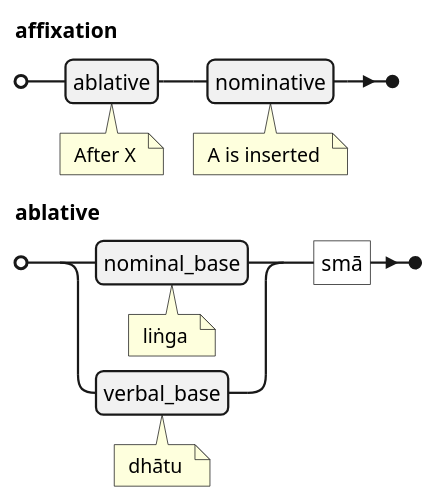
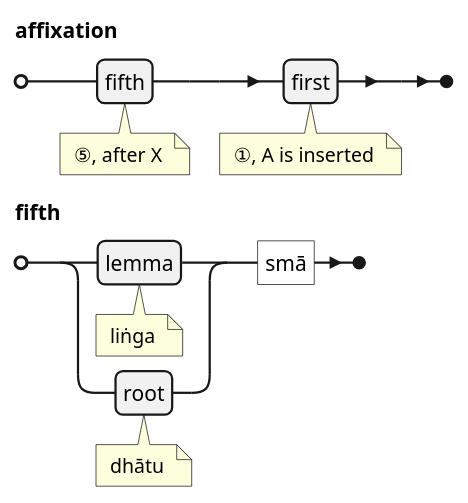
The fifth of 11 diagrams in src/content/docs/Pali Textbook/m-kaccayana.md (ChristineTham/buddhavacana), drawn with PlantUML before and after one commit. The commit also changed other lines of this file and 52 other files, not shown here.

````diff
--- a/src/content/docs/Pali Textbook/m-kaccayana.md
+++ b/src/content/docs/Pali Textbook/m-kaccayana.md
@@ -155,8 +155,8 @@
 ```plantuml
 @startebnf
-affixation = ablative (* After X *), nominative (* A is inserted *);
-ablative =
-  (nominal_base (* liṅga *) |
-  verbal_base (* dhātu *)), "smā" ;
+affixation = fifth (* ⑤, after X *), first (* ①, A is inserted *);
+fifth =
+  (lemma (* liṅga *) |
+  root (* dhātu *)), "smā" ;
 @endebnf
 ```
````
